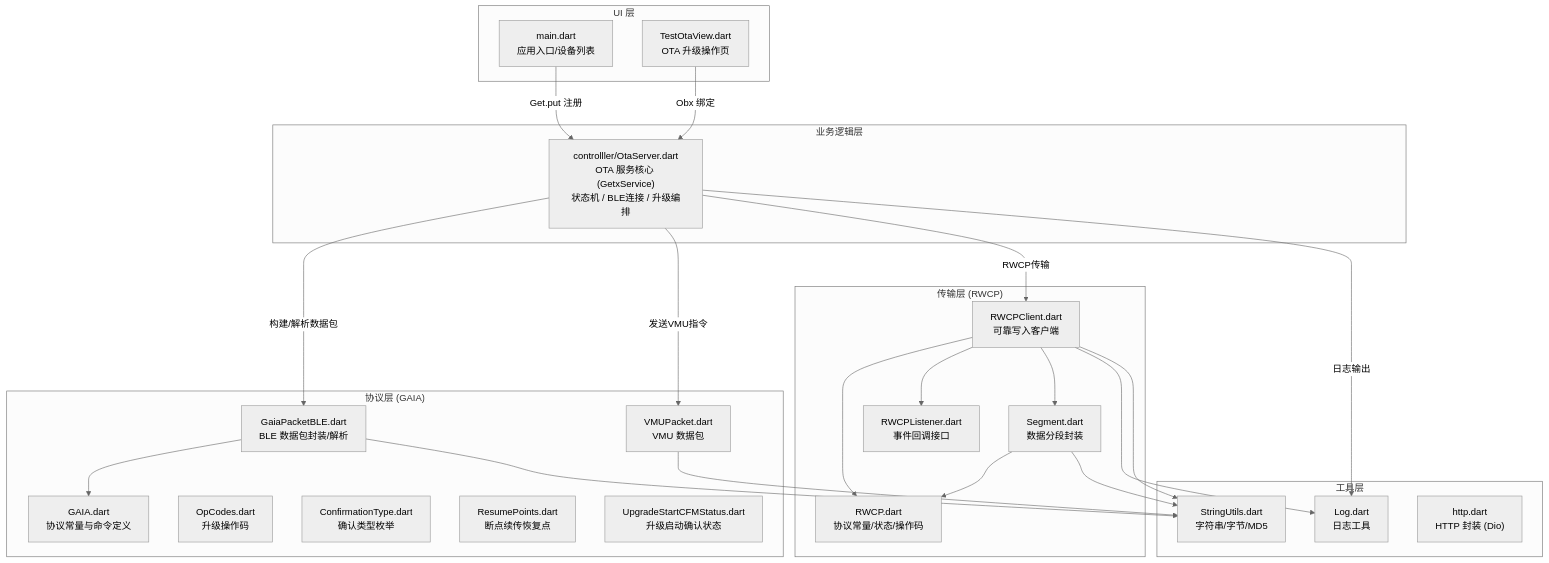
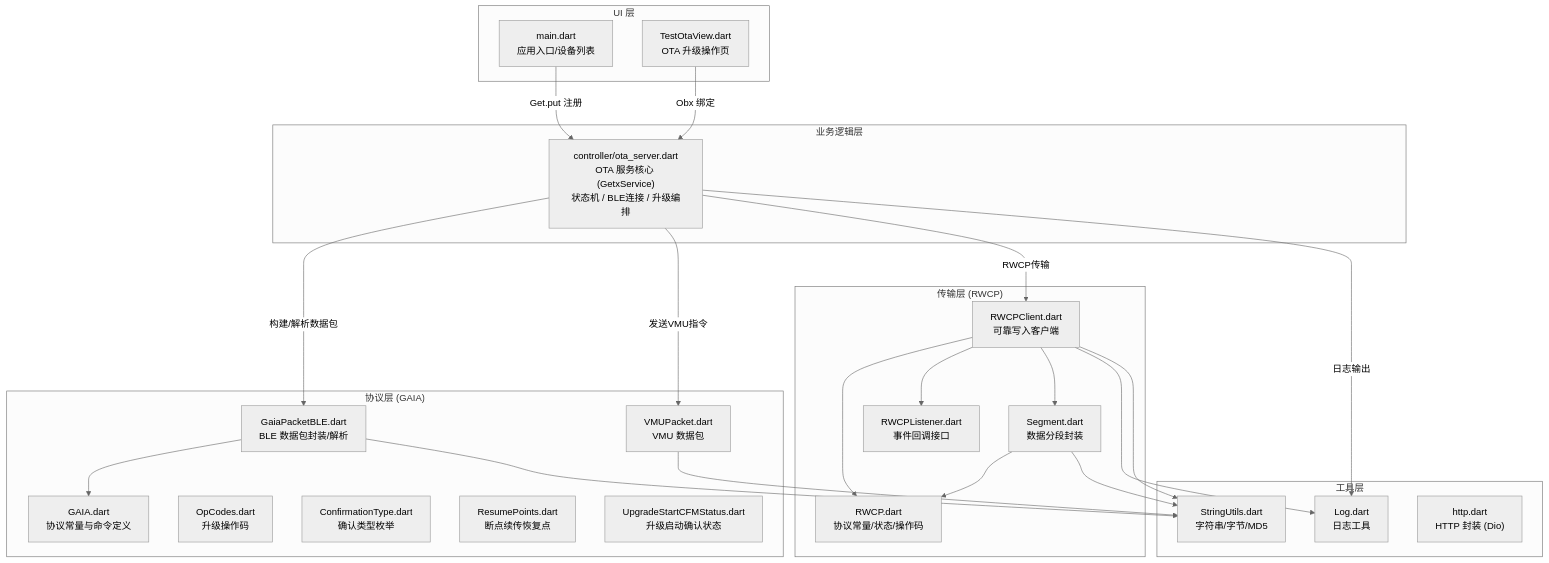
The first of 2 diagrams in CLAUDE.md (H-Chris233/Flutter-GAIAControl), drawn with Mermaid (neutral theme) before and after one commit. The commit also changed other lines of this file and 3 other files, not shown here.

First line of the commit message:
docs(architecture): 更新项目文档中的目录路径引用

````diff
--- a/CLAUDE.md
+++ b/CLAUDE.md
@@ -22,55 +22,55 @@
 ```mermaid
 graph TD
     subgraph UI["UI 层"]
         A["main.dart<br/>应用入口/设备列表"]
         B["TestOtaView.dart<br/>OTA 升级操作页"]
     end
 
     subgraph BIZ["业务逻辑层"]
-        C["controlller/OtaServer.dart<br/>OTA 服务核心 (GetxService)<br/>状态机 / BLE连接 / 升级编排"]
+        C["controller/ota_server.dart<br/>OTA 服务核心 (GetxService)<br/>状态机 / BLE连接 / 升级编排"]
     end
 
     subgraph PROTO["协议层 (GAIA)"]
         D["GAIA.dart<br/>协议常量与命令定义"]
         E["GaiaPacketBLE.dart<br/>BLE 数据包封装/解析"]
         F["OpCodes.dart<br/>升级操作码"]
         G["VMUPacket.dart<br/>VMU 数据包"]
         H["ConfirmationType.dart<br/>确认类型枚举"]
         I["ResumePoints.dart<br/>断点续传恢复点"]
         J["UpgradeStartCFMStatus.dart<br/>升级启动确认状态"]
     end
 
     subgraph RWCP_LAYER["传输层 (RWCP)"]
         K["RWCP.dart<br/>协议常量/状态/操作码"]
         L["RWCPClient.dart<br/>可靠写入客户端"]
         M["RWCPListener.dart<br/>事件回调接口"]
         N["Segment.dart<br/>数据分段封装"]
     end
 
     subgraph UTILS["工具层"]
         O["Log.dart<br/>日志工具"]
         P["StringUtils.dart<br/>字符串/字节/MD5"]
         Q["http.dart<br/>HTTP 封装 (Dio)"]
     end
 
     A -->|"Get.put 注册"| C
     B -->|"Obx 绑定"| C
     C -->|"构建/解析数据包"| E
     C -->|"发送VMU指令"| G
     C -->|"RWCP传输"| L
     C -->|"日志输出"| O
     E --> D
     E --> P
     G --> P
     L --> K
     L --> M
     L --> N
     L --> O
     L --> P
     N --> K
     N --> P
 
-    click C "./lib/controlller/CLAUDE.md" "查看 controlller 模块文档"
+    click C "./lib/controller/CLAUDE.md" "查看 controller 模块文档"
     click D "./lib/utils/gaia/CLAUDE.md" "查看 gaia 模块文档"
     click K "./lib/utils/gaia/rwcp/CLAUDE.md" "查看 rwcp 模块文档"
 ```
````
